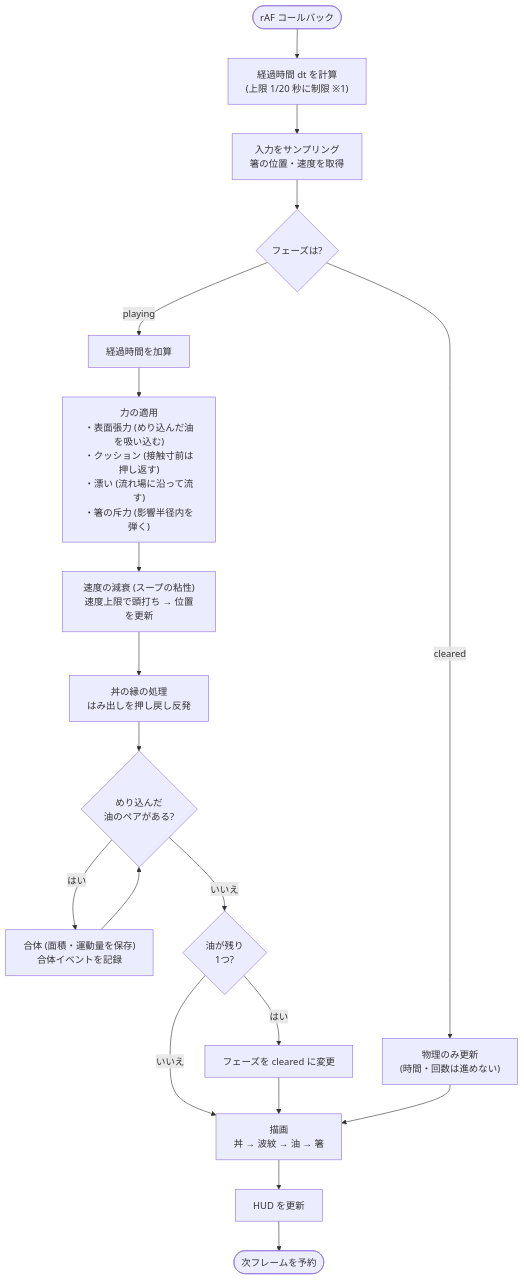
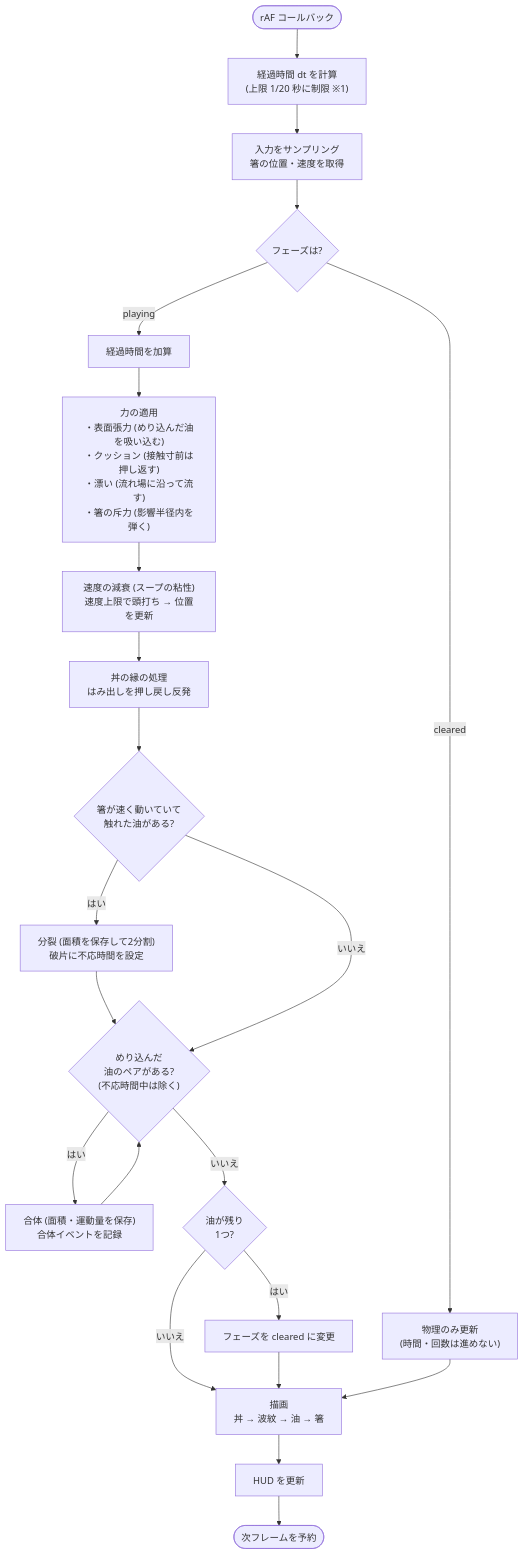
Before and after one commit to yama-shu/oil_game: the second of 3 diagrams in docs/architecture.md, drawn with Mermaid. The commit also changed other lines of this file and 6 other files, not shown here.

````diff
--- a/docs/architecture.md
+++ b/docs/architecture.md
@@ -48,19 +48,22 @@
 ```mermaid
 flowchart TD
     Start([rAF コールバック]) --> DT["経過時間 dt を計算<br>(上限 1/20 秒に制限 ※1)"]
     DT --> Sample["入力をサンプリング<br>箸の位置・速度を取得"]
     Sample --> Phase{フェーズは?}
     Phase -- playing --> Time[経過時間を加算]
     Time --> Forces["力の適用<br>・表面張力 (めり込んだ油を吸い込む)<br>・クッション (接触寸前は押し返す)<br>・漂い (流れ場に沿って流す)<br>・箸の斥力 (影響半径内を弾く)"]
     Forces --> Move["速度の減衰 (スープの粘性)<br>速度上限で頭打ち → 位置を更新"]
     Move --> Bound["丼の縁の処理<br>はみ出しを押し戻し反発"]
-    Bound --> Merge{"めり込んだ<br>油のペアがある?"}
+    Bound --> Split{"箸が速く動いていて<br>触れた油がある?"}
+    Split -- はい --> DoSplit["分裂 (面積を保存して2分割)<br>破片に不応時間を設定"]
+    DoSplit --> Merge
+    Split -- いいえ --> Merge{"めり込んだ<br>油のペアがある?<br>(不応時間中は除く)"}
     Merge -- はい --> DoMerge["合体 (面積・運動量を保存)<br>合体イベントを記録"]
     DoMerge --> Merge
     Merge -- いいえ --> Clear{"油が残り<br>1つ?"}
     Clear -- はい --> SetClear["フェーズを cleared に変更"]
     Clear -- いいえ --> Draw
     SetClear --> Draw["描画<br>丼 → 波紋 → 油 → 箸"]
     Phase -- cleared --> Drift["物理のみ更新<br>(時間・回数は進めない)"] --> Draw
     Draw --> HUD[HUD を更新] --> Next([次フレームを予約])
 ```
````
